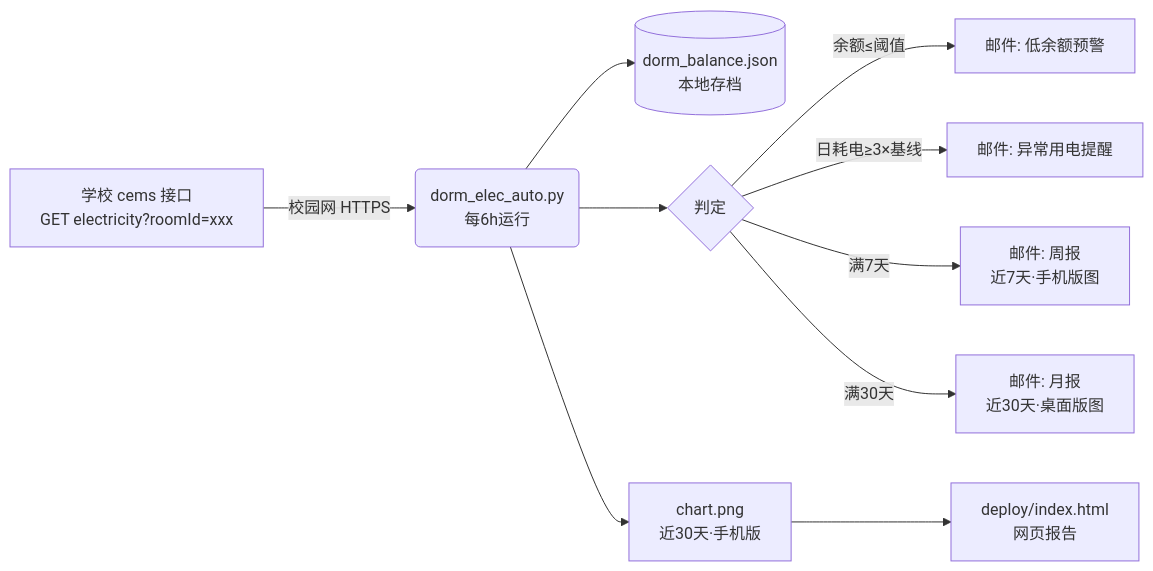
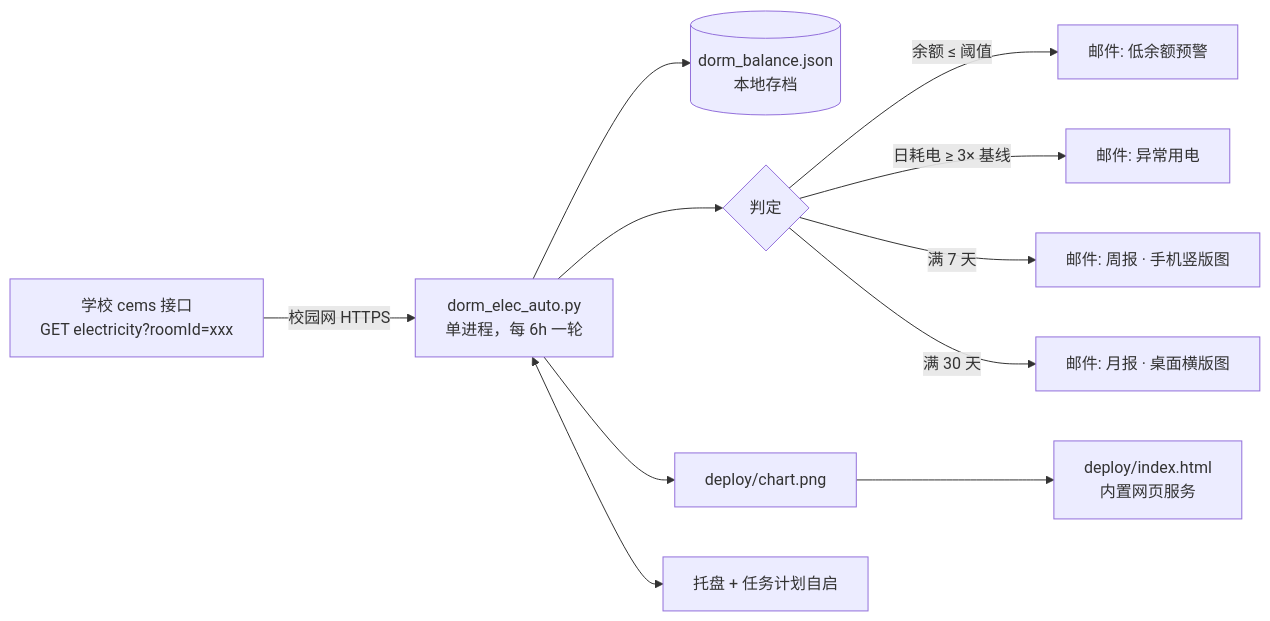
One commit to smart-wcm/dorm-electricity-monitor changed the diagram in README.md. Above: the diagram before and after it, drawn with Mermaid. The commit also changed other lines of this file and 1 other file, not shown here.

First line of the commit message:
docs: README 重写为「下载→使用→配置→排障」主线，替换为合成数据配图

````diff
--- a/README.md
+++ b/README.md
@@ -42,12 +258,13 @@
 ```mermaid
 flowchart LR
-    A[学校 cems 接口\nGET electricity?roomId=xxx] -->|校园网 HTTPS| B(dorm_elec_auto.py\n每6h运行)
-    B --> C[(dorm_balance.json\n本地存档)]
+    A["学校 cems 接口<br/>GET electricity?roomId=xxx"] -->|校园网 HTTPS| B["dorm_elec_auto.py<br/>单进程，每 6h 一轮"]
+    B --> C[("dorm_balance.json<br/>本地存档")]
     B --> D{判定}
-    D -->|余额≤阈值| E[邮件: 低余额预警]
-    D -->|日耗电≥3×基线| F[邮件: 异常用电提醒]
-    D -->|满7天| G[邮件: 周报\n近7天·手机版图]
-    D -->|满30天| H[邮件: 月报\n近30天·桌面版图]
-    B --> I[chart.png\n近30天·手机版]
-    I --> J[deploy/index.html\n网页报告]
+    D -->|余额 ≤ 阈值| E[邮件: 低余额预警]
+    D -->|日耗电 ≥ 3× 基线| F[邮件: 异常用电]
+    D -->|满 7 天| G[邮件: 周报 · 手机竖版图]
+    D -->|满 30 天| H[邮件: 月报 · 桌面横版图]
+    B --> I["deploy/chart.png"]
+    I --> J["deploy/index.html<br/>内置网页服务"]
+    B <--> K["托盘 + 任务计划自启"]
 ```
````
